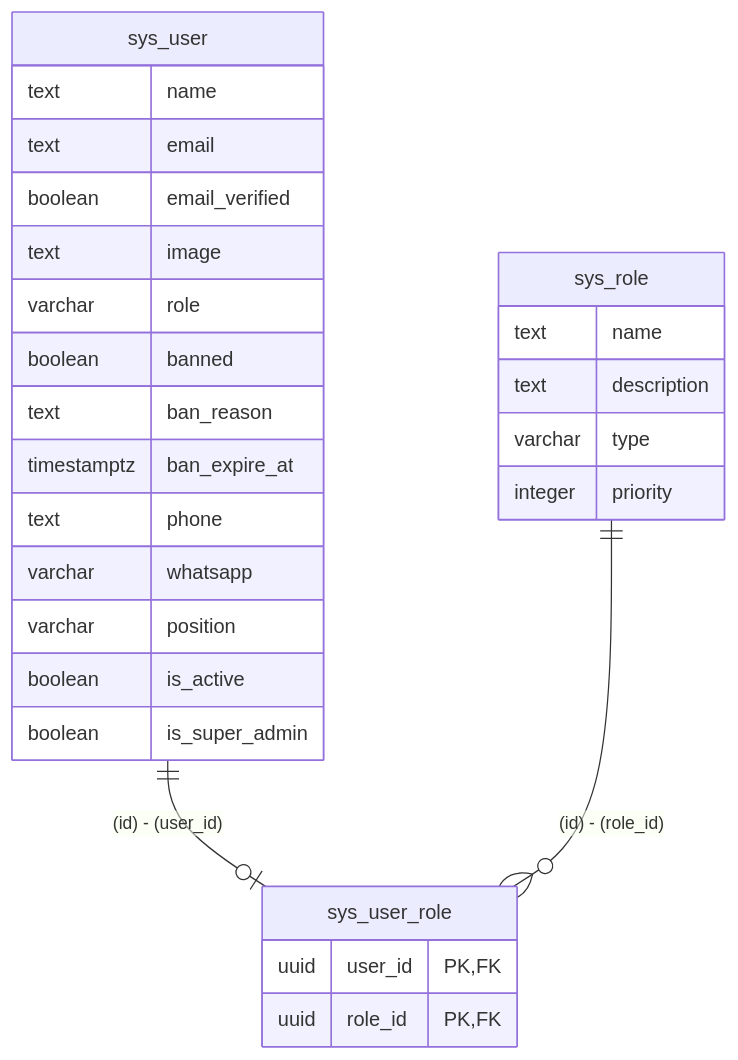
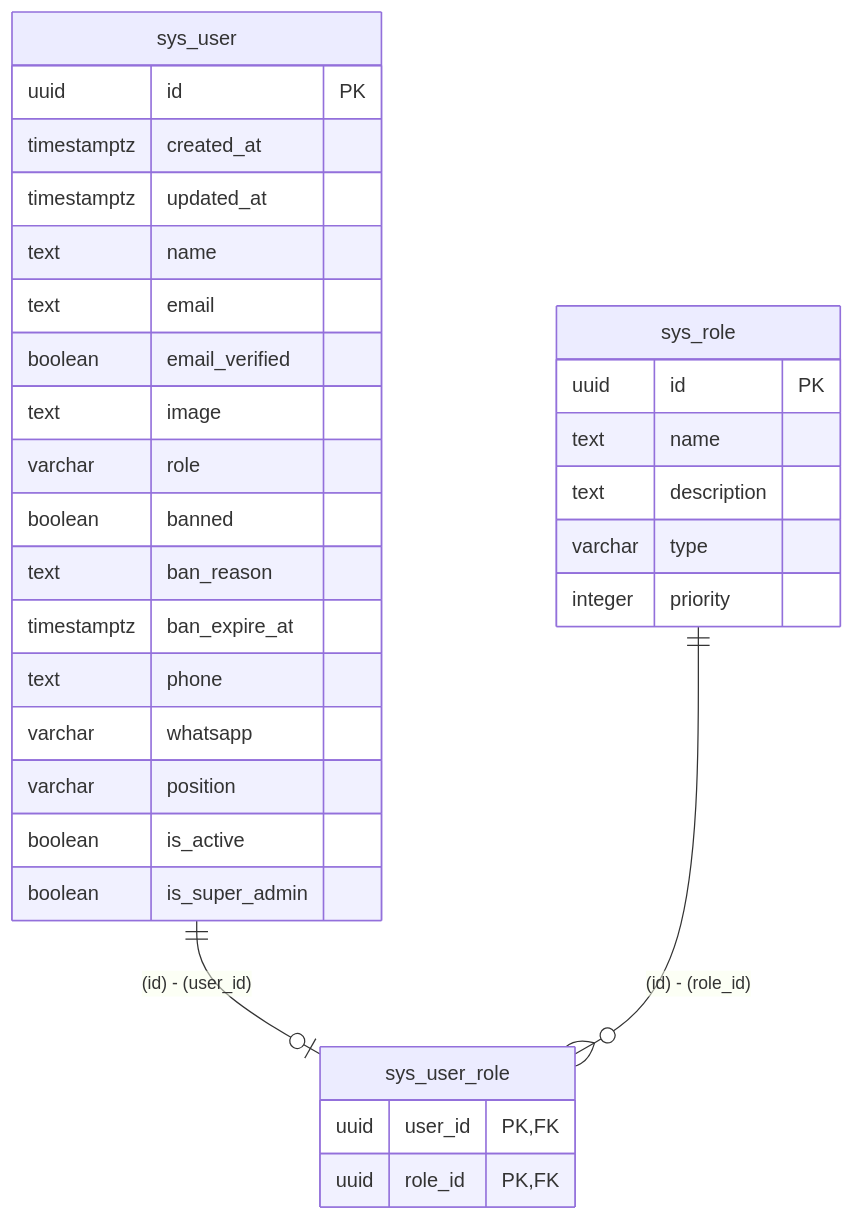
The diagram in apps/turborepo-elysia/docs/er.md (nakita628/drizzler-examples), drawn with Mermaid before and after one commit. The commit also changed 439 other files, not shown here.

````diff
--- a/apps/turborepo-elysia/docs/er.md
+++ b/apps/turborepo-elysia/docs/er.md
@@ -1,30 +1,34 @@
 ```mermaid
 erDiagram
     sys_user ||--o| sys_user_role : "(id) - (user_id)"
     sys_role ||--o{ sys_user_role : "(id) - (role_id)"
     sys_user {
+        uuid id PK
+        timestamptz created_at
+        timestamptz updated_at
         text name
         text email
         boolean email_verified
         text image
         varchar role
         boolean banned
         text ban_reason
         timestamptz ban_expire_at
         text phone
         varchar whatsapp
         varchar position
         boolean is_active
         boolean is_super_admin
     }
     sys_role {
+        uuid id PK
         text name
         text description
         varchar type
         integer priority
     }
     sys_user_role {
         uuid user_id PK, FK
         uuid role_id PK, FK
     }
 ```
````
